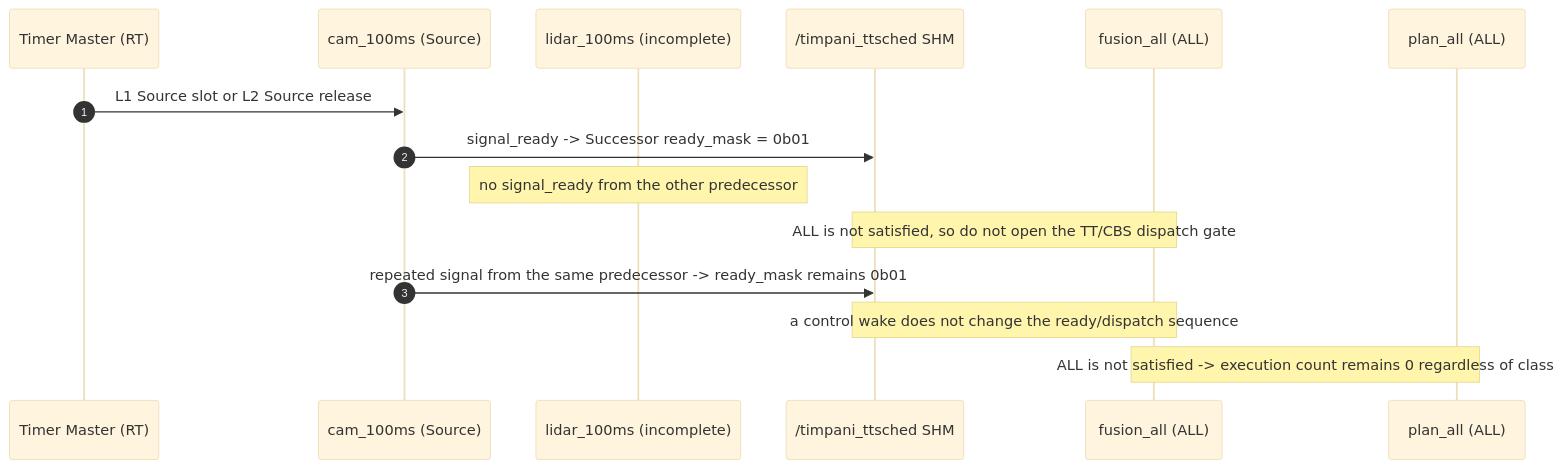
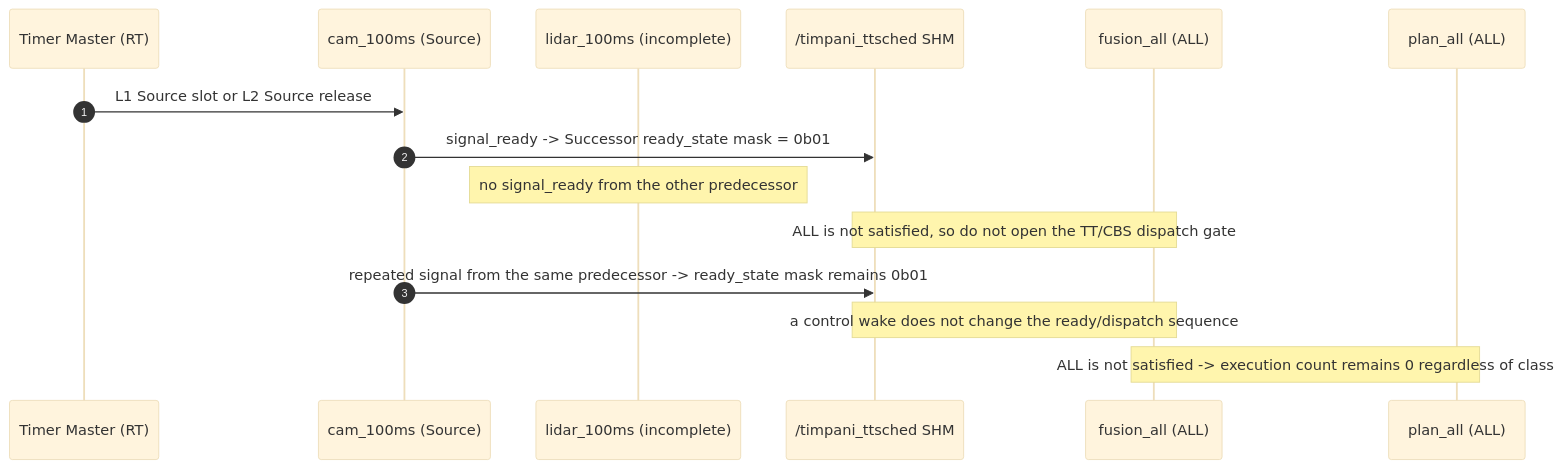
The fourth of 4 diagrams in doc/design/HLD-009-data-driven-workload.md (eclipse-timpani/timpani26), drawn with Mermaid (base theme) before and after one commit. The commit also changed other lines of this file and 9 other files, not shown here.

````diff
--- a/doc/design/HLD-009-data-driven-workload.md
+++ b/doc/design/HLD-009-data-driven-workload.md
@@ -132,18 +139,18 @@
 ```mermaid
 sequenceDiagram
     autonumber
     participant TM as Timer Master (RT)
     participant CAM as cam_100ms (Source)
     participant LIDAR as lidar_100ms (incomplete)
     participant SHM as /timpani_ttsched SHM
     participant FUSION as fusion_all (ALL)
     participant PLAN as plan_all (ALL)
 
     TM->>CAM: L1 Source slot or L2 Source release
-    CAM->>SHM: signal_ready -> Successor ready_mask = 0b01
+    CAM->>SHM: signal_ready -> Successor ready_state mask = 0b01
     Note over LIDAR: no signal_ready from the other predecessor
     Note over SHM,FUSION: ALL is not satisfied, so do not open the TT/CBS dispatch gate
-    CAM->>SHM: repeated signal from the same predecessor -> ready_mask remains 0b01
+    CAM->>SHM: repeated signal from the same predecessor -> ready_state mask remains 0b01
     Note over SHM,FUSION: a control wake does not change the ready/dispatch sequence
     Note over FUSION,PLAN: ALL is not satisfied -> execution count remains 0 regardless of class
 ```
````
